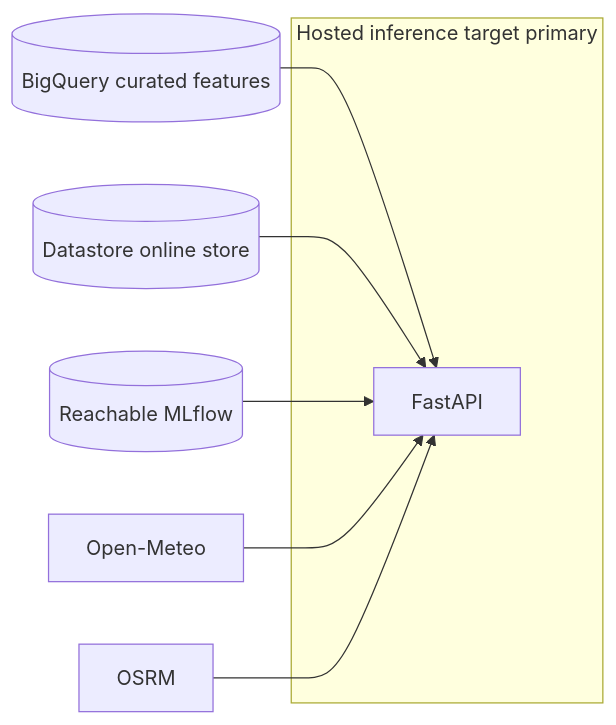
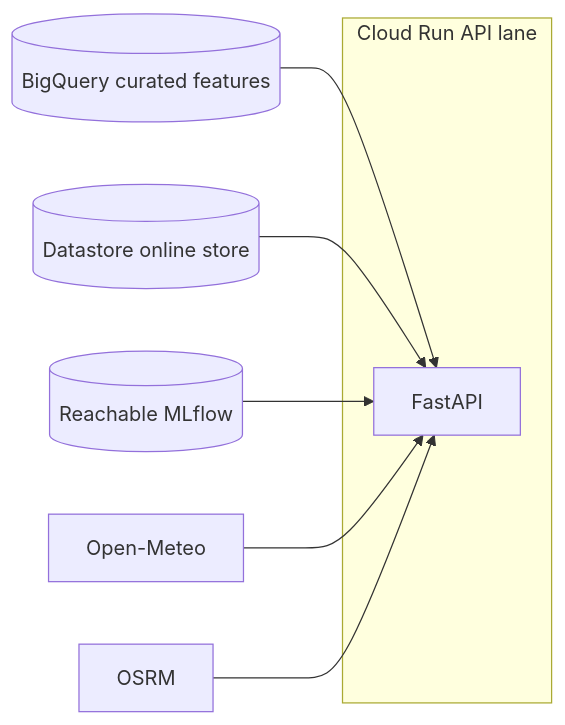
One commit to javihslu/foehncast changed the fifth of 5 diagrams in docs/site/system/architecture.md. Above: the diagram before and after it, drawn with Mermaid. The commit also changed other lines of this file and 13 other files, not shown here.

```diff
--- a/docs/site/system/architecture.md
+++ b/docs/site/system/architecture.md
@@ -144,11 +143,11 @@
 <div class="mermaid">
 flowchart LR
-    subgraph Run[Hosted inference target primary]
+    subgraph Run[Cloud Run API lane]
         RAPI[FastAPI]
     end
     BQ2[(BigQuery curated features)] --> RAPI
     DS2[(Datastore online store)] --> RAPI
     MLF2[(Reachable MLflow)] --> RAPI
     OME2[Open-Meteo] --> RAPI
     OSRM2[OSRM] --> RAPI
 </div>
```
